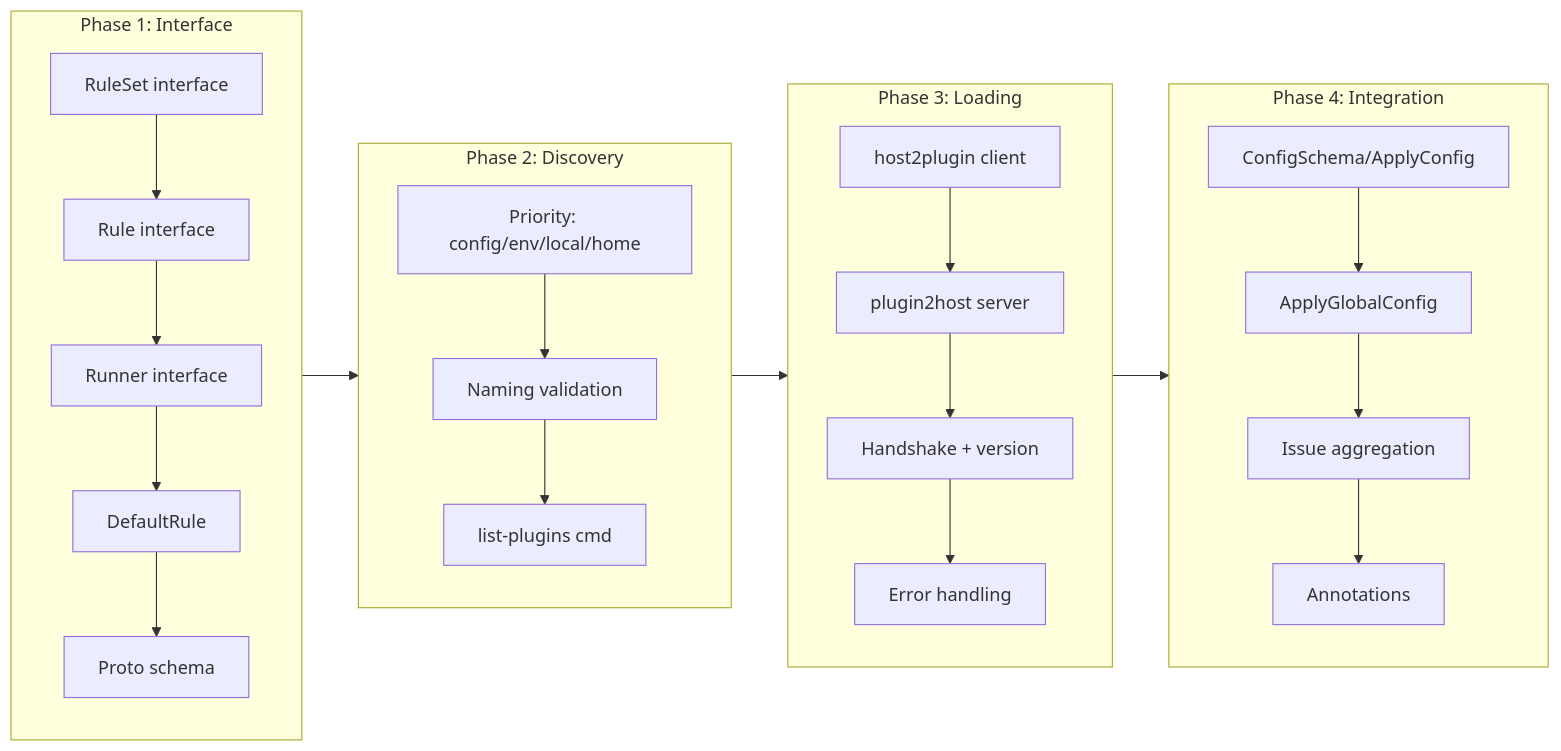
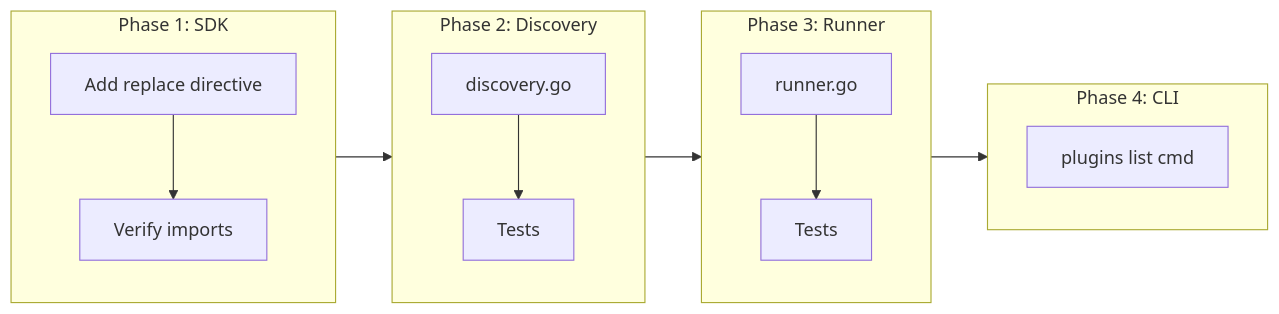
Before and after one commit to jokarl/tfbreak-core: the third of 3 diagrams in docs/cr/CR-0013-plugin-infrastructure.md, drawn with Mermaid. The commit also changed other lines of this file and 11 other files, not shown here.

Commit message:
feat(plugins): align core with SDK

````diff
--- a/docs/cr/CR-0013-plugin-infrastructure.md
+++ b/docs/cr/CR-0013-plugin-infrastructure.md
@@ -205,24 +217,16 @@
 ```mermaid
 flowchart LR
-    subgraph Phase1["Phase 1: Interface"]
-        A1[RuleSet interface] --> A2[Rule interface]
-        A2 --> A3[Runner interface]
-        A3 --> A4[DefaultRule]
-        A4 --> A5[Proto schema]
+    subgraph Phase1["Phase 1: SDK"]
+        A1[Add replace directive] --> A2[Verify imports]
     end
     subgraph Phase2["Phase 2: Discovery"]
-        B1[Priority: config/env/local/home] --> B2[Naming validation]
-        B2 --> B3[list-plugins cmd]
+        B1[discovery.go] --> B2[Tests]
     end
-    subgraph Phase3["Phase 3: Loading"]
-        C1[host2plugin client] --> C2[plugin2host server]
-        C2 --> C3[Handshake + version]
-        C3 --> C4[Error handling]
+    subgraph Phase3["Phase 3: Runner"]
+        C1[runner.go] --> C2[Tests]
     end
-    subgraph Phase4["Phase 4: Integration"]
-        D1[ConfigSchema/ApplyConfig] --> D2[ApplyGlobalConfig]
-        D2 --> D3[Issue aggregation]
-        D3 --> D4[Annotations]
+    subgraph Phase4["Phase 4: CLI"]
+        D1[plugins list cmd]
     end
     Phase1 --> Phase2 --> Phase3 --> Phase4
 ```
````
